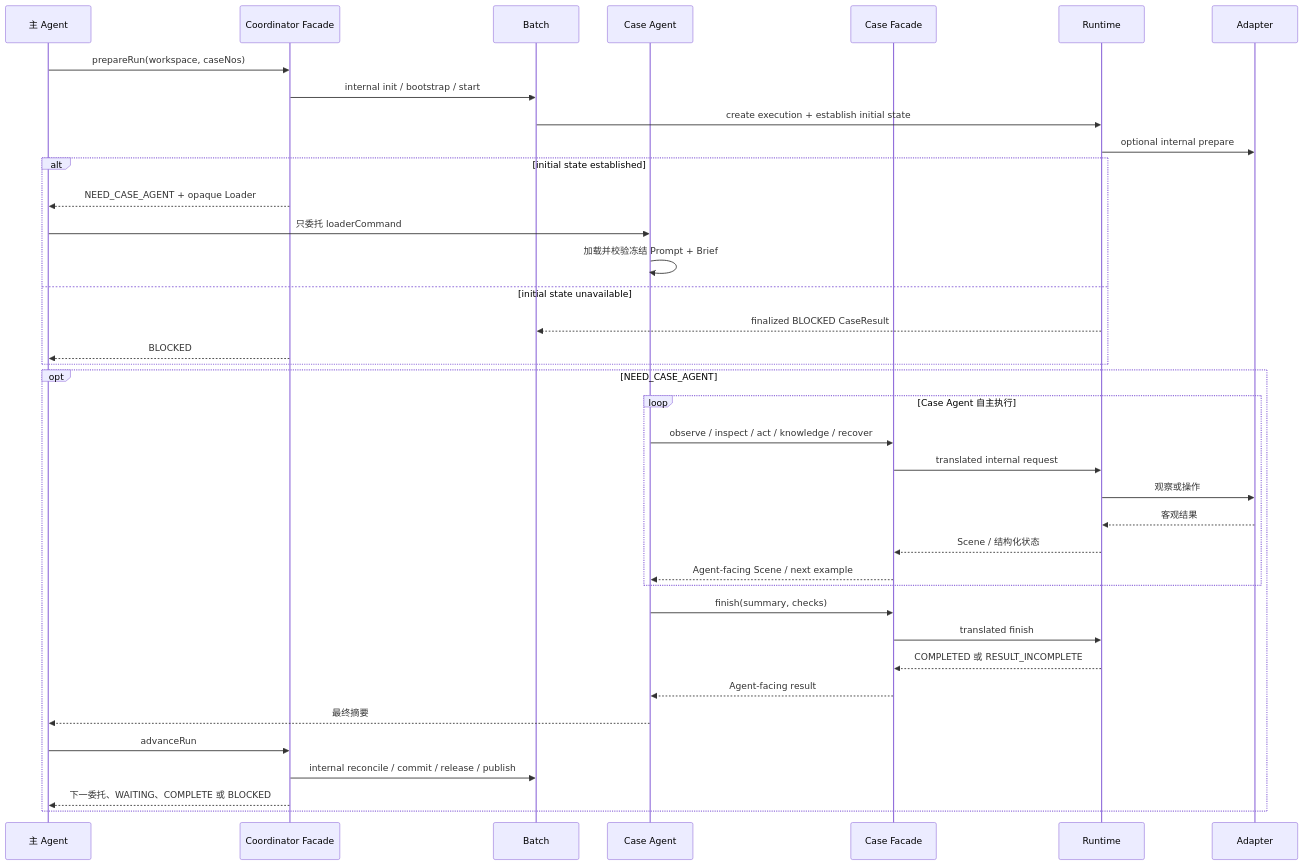
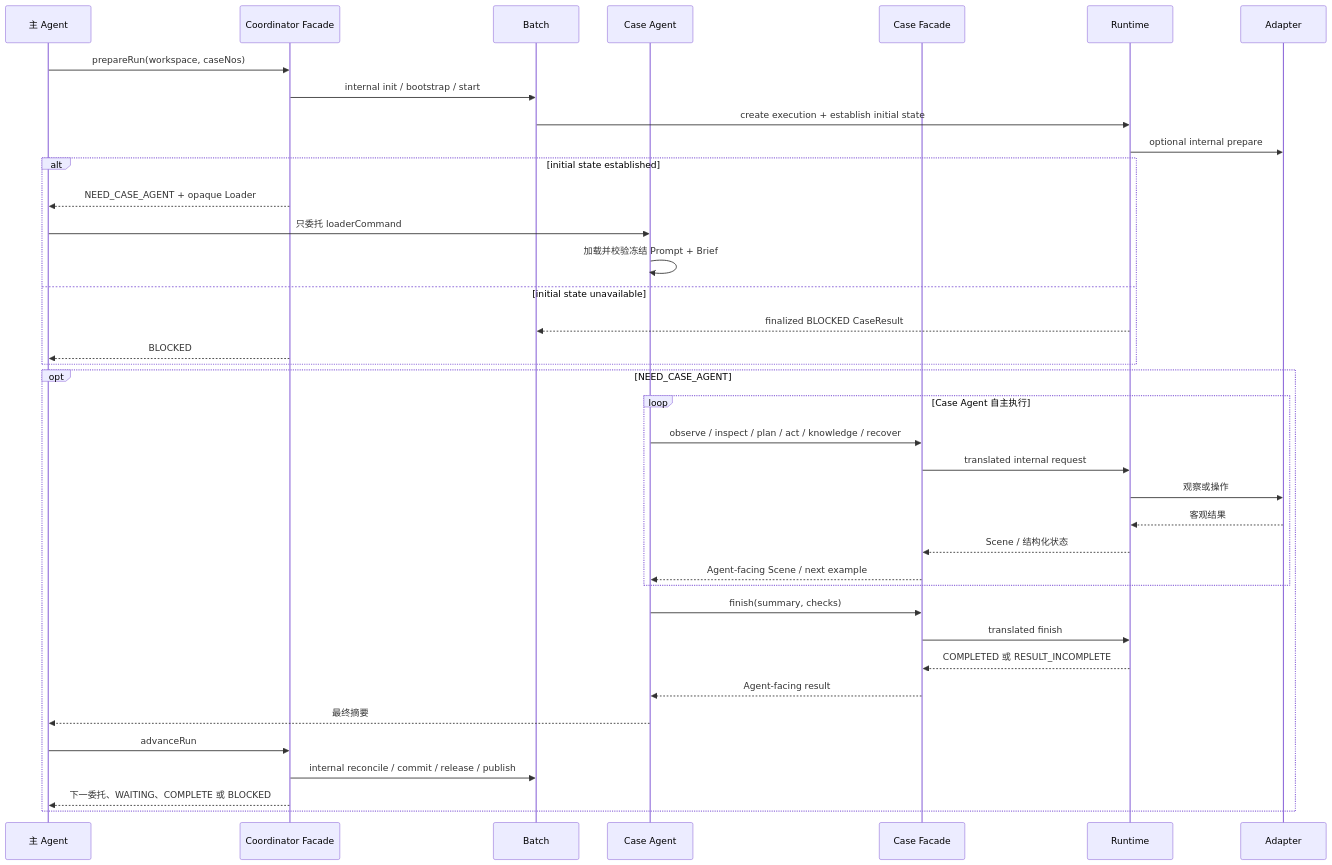
Before and after one commit to lianghuihui-plus/DevKit: the second of 2 diagrams in skills/mobile-ai-visual-test/docs/architecture.md, drawn with Mermaid. The commit also changed other lines of this file and 77 other files, not shown here.

````diff
--- a/skills/mobile-ai-visual-test/docs/architecture.md
+++ b/skills/mobile-ai-visual-test/docs/architecture.md
@@ -91,41 +97,41 @@
 ```mermaid
 sequenceDiagram
   participant M as 主 Agent
   participant C as Coordinator Facade
   participant B as Batch
   participant A as Case Agent
   participant F as Case Facade
   participant R as Runtime
   participant D as Adapter
 
   M->>C: prepareRun(workspace, caseNos)
   C->>B: internal init / bootstrap / start
   B->>R: create execution + establish initial state
   R->>D: optional internal prepare
   alt initial state established
     C-->>M: NEED_CASE_AGENT + opaque Loader
     M->>A: 只委托 loaderCommand
     A->>A: 加载并校验冻结 Prompt + Brief
   else initial state unavailable
     R-->>B: finalized BLOCKED CaseResult
     C-->>M: BLOCKED
   end
   opt NEED_CASE_AGENT
     loop Case Agent 自主执行
-      A->>F: observe / inspect / act / knowledge / recover
+      A->>F: observe / inspect / plan / act / knowledge / recover
       F->>R: translated internal request
       R->>D: 观察或操作
       D-->>R: 客观结果
       R-->>F: Scene / 结构化状态
       F-->>A: Agent-facing Scene / next example
     end
     A->>F: finish(summary, checks)
     F->>R: translated finish
     R-->>F: COMPLETED 或 RESULT_INCOMPLETE
     F-->>A: Agent-facing result
     A-->>M: 最终摘要
     M->>C: advanceRun
     C->>B: internal reconcile / commit / release / publish
     C-->>M: 下一委托、WAITING、COMPLETE 或 BLOCKED
   end
 ```
````
